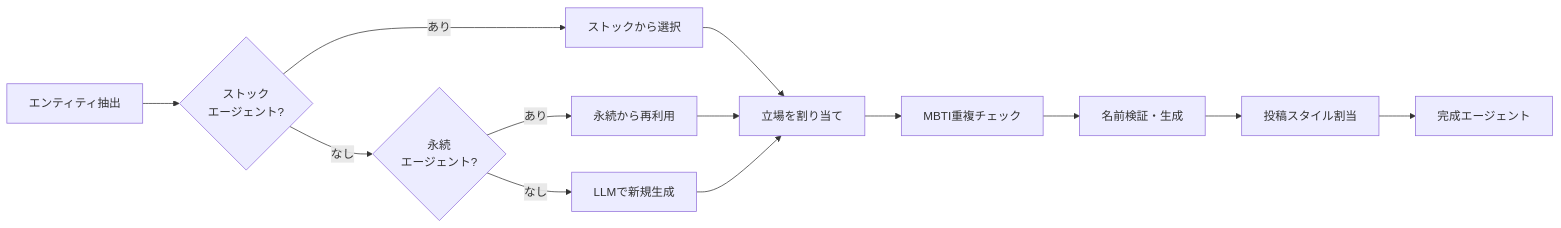
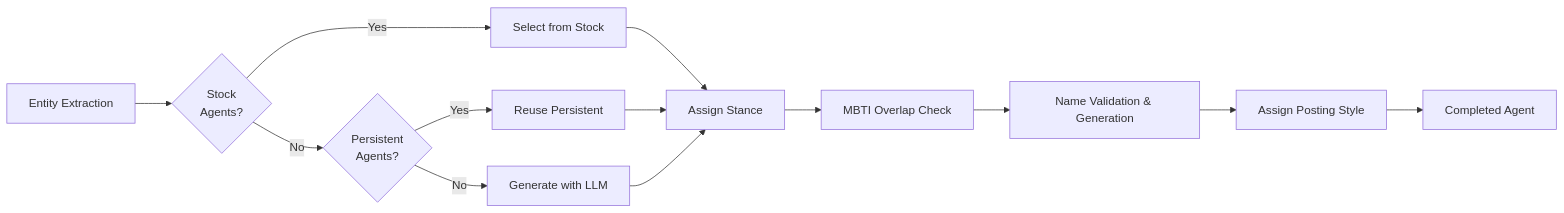
The diagram in docs/agents.md (tak633b/41chan), drawn with Mermaid before and after one commit. The commit also changed other lines of this file and 34 other files, not shown here.

````diff
--- a/docs/agents.md
+++ b/docs/agents.md
@@ -75,15 +75,15 @@
 ```mermaid
 graph LR
-    A[エンティティ抽出] --> B{ストック<br/>エージェント?}
-    B -->|あり| C[ストックから選択]
-    B -->|なし| D{永続<br/>エージェント?}
-    D -->|あり| E[永続から再利用]
-    D -->|なし| F[LLMで新規生成]
-    C --> G[立場を割り当て]
+    A[Entity Extraction] --> B{Stock<br/>Agents?}
+    B -->|Yes| C[Select from Stock]
+    B -->|No| D{Persistent<br/>Agents?}
+    D -->|Yes| E[Reuse Persistent]
+    D -->|No| F[Generate with LLM]
+    C --> G[Assign Stance]
     E --> G
     F --> G
-    G --> H[MBTI重複チェック]
-    H --> I[名前検証・生成]
-    I --> J[投稿スタイル割当]
-    J --> K[完成エージェント]
+    G --> H[MBTI Overlap Check]
+    H --> I[Name Validation & Generation]
+    I --> J[Assign Posting Style]
+    J --> K[Completed Agent]
 ```
````
